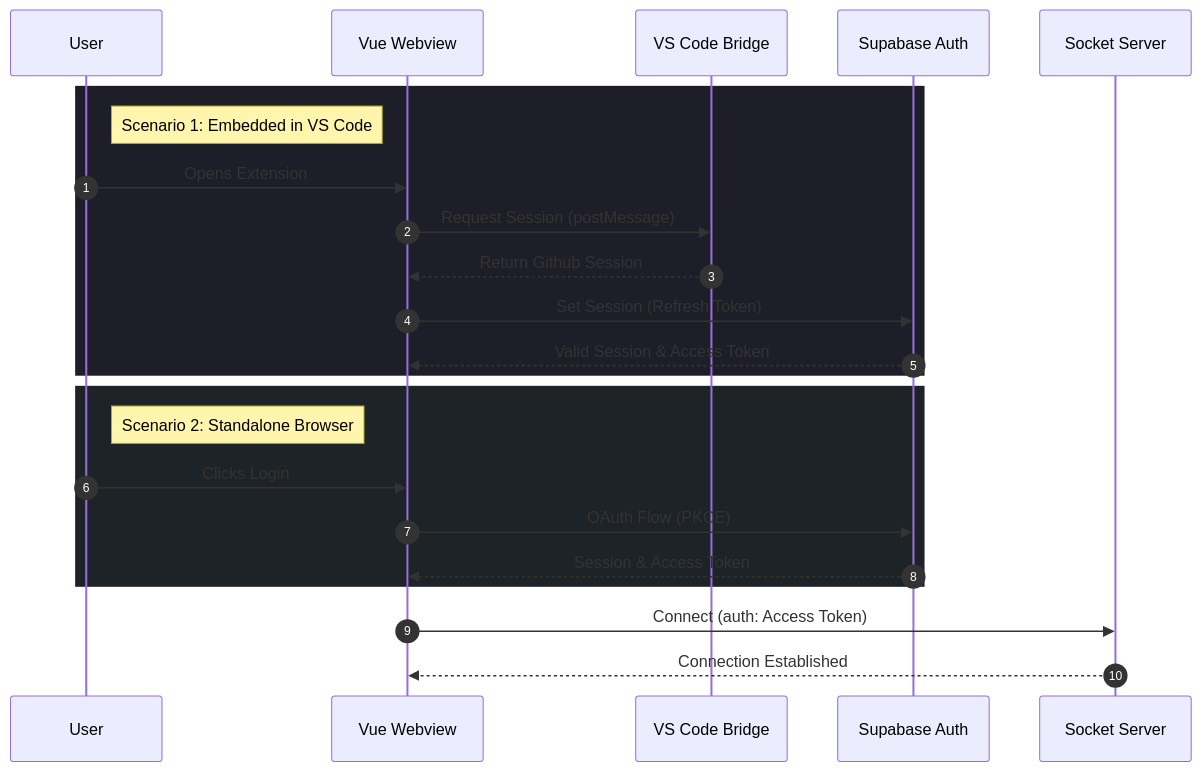
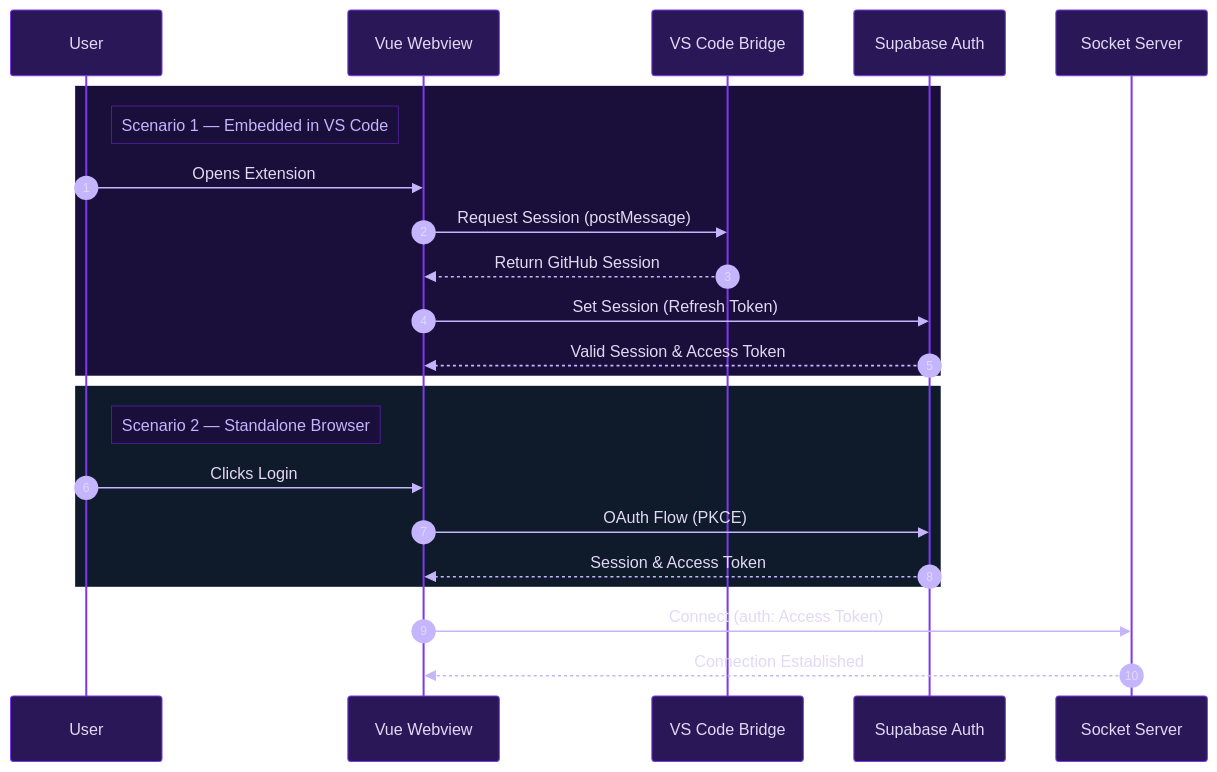
The fourth of 5 diagrams in README.md (BabaDeluxe/babadeluxe-webview), drawn with Mermaid before and after one commit. The commit also changed other lines of this file, not shown here.

Commit message:
docs: :art: Applied consistent dark purple cyberpunk theme to all Mermaid diagrams

````diff
--- a/README.md
+++ b/README.md
@@ -116,28 +119,29 @@
 ```mermaid
+%%{init: {'theme': 'base', 'themeVariables': {'background': '#13111a', 'primaryColor': '#2a1758', 'primaryTextColor': '#e2d9f3', 'primaryBorderColor': '#7c3aed', 'lineColor': '#7c3aed', 'secondaryColor': '#1a0f3a', 'tertiaryColor': '#0f1a2a', 'edgeLabelBackground': '#1a1030', 'actorBkg': '#2a1758', 'actorBorder': '#7c3aed', 'actorTextColor': '#e2d9f3', 'actorLineColor': '#7c3aed', 'signalColor': '#c4b5fd', 'signalTextColor': '#e2d9f3', 'labelBoxBkgColor': '#1a0f3a', 'labelBoxBorderColor': '#4c1d95', 'labelTextColor': '#c4b5fd', 'loopTextColor': '#e2d9f3', 'noteBkgColor': '#1a0f3a', 'noteTextColor': '#c4b5fd', 'noteBorderColor': '#4c1d95', 'activationBkgColor': '#4c1d95', 'activationBorderColor': '#7c3aed', 'sequenceNumberColor': '#e2d9f3', 'fontFamily': 'monospace'}}}%%
 sequenceDiagram
     autonumber
     participant User
     participant Webview as Vue Webview
     participant Bridge as VS Code Bridge
     participant Supabase as Supabase Auth
     participant Socket as Socket Server
 
-    rect rgb(30, 30, 40)
-        note right of User: Scenario 1: Embedded in VS Code
+    rect rgb(26, 15, 58)
+        note right of User: Scenario 1 — Embedded in VS Code
         User->>Webview: Opens Extension
         Webview->>Bridge: Request Session (postMessage)
-        Bridge-->>Webview: Return Github Session
+        Bridge-->>Webview: Return GitHub Session
         Webview->>Supabase: Set Session (Refresh Token)
         Supabase-->>Webview: Valid Session & Access Token
     end
 
-    rect rgb(30, 35, 40)
-        note right of User: Scenario 2: Standalone Browser
+    rect rgb(15, 26, 42)
+        note right of User: Scenario 2 — Standalone Browser
         User->>Webview: Clicks Login
         Webview->>Supabase: OAuth Flow (PKCE)
         Supabase-->>Webview: Session & Access Token
     end
 
     Webview->>Socket: Connect (auth: Access Token)
     Socket-->>Webview: Connection Established
 ```
````
